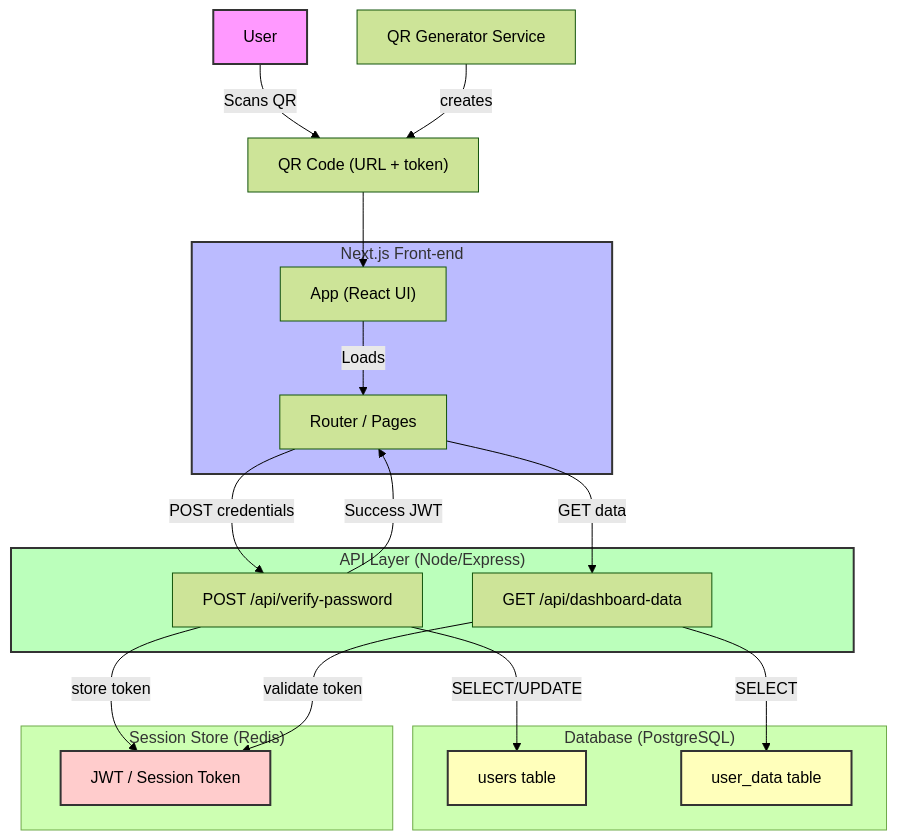
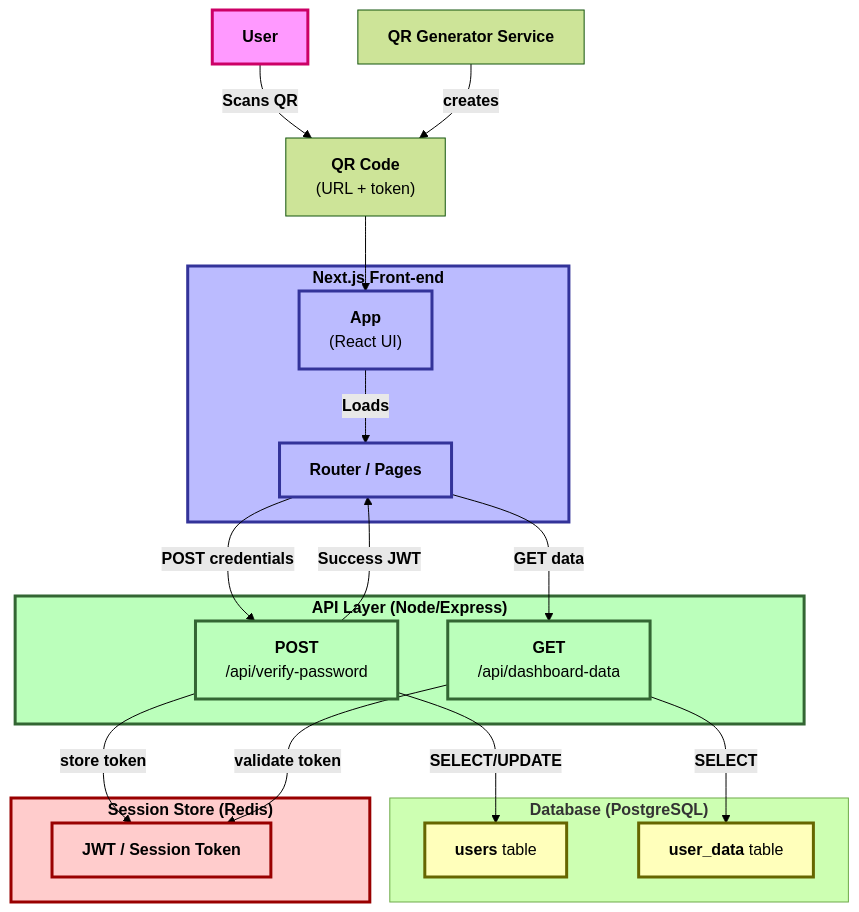
Before and after one commit to RaghuBharathi3/ICY: the diagram in quicklink_architecture.md, drawn with Mermaid (forest theme).

````diff
--- a/quicklink_architecture.md
+++ b/quicklink_architecture.md
@@ -255,51 +255,52 @@
 ```mermaid
 flowchart TD
     %% Actors
-    User[User] -->|Scans QR| QR["QR Code (URL + token)"]
+    User["<b>User</b>"] -->|"<b>Scans QR</b>"| QR["<b>QR Code</b><br/>(URL + token)"]
 
-    %% Front‑end
-    subgraph FE["Next.js Front-end"]
-        FE_App["App (React UI)"]
-        FE_Router[Router / Pages]
+    %% Front-end
+    subgraph FE["<b>Next.js Front-end</b>"]
+        FE_App["<b>App</b><br/>(React UI)"]
+        FE_Router["<b>Router / Pages</b>"]
     end
     QR --> FE_App
-    FE_App -->|Loads| FE_Router
+    FE_App -->|"<b>Loads</b>"| FE_Router
 
     %% API Layer
-    subgraph BE["API Layer (Node/Express)"]
-        Verify["POST /api/verify-password"]
-        Dashboard["GET /api/dashboard-data"]
+    subgraph BE["<b>API Layer (Node/Express)</b>"]
+        Verify["<b>POST</b><br/>/api/verify-password"]
+        Dashboard["<b>GET</b><br/>/api/dashboard-data"]
     end
-    FE_Router -->|POST credentials| Verify
-    Verify -->|Success JWT| FE_Router
-    FE_Router -->|GET data| Dashboard
+    FE_Router -->|"<b>POST credentials</b>"| Verify
+    Verify -->|"<b>Success JWT</b>"| FE_Router
+    FE_Router -->|"<b>GET data</b>"| Dashboard
 
     %% Persistence
-    subgraph DB["Database (PostgreSQL)"]
-        Users[users table]
-        Data[user_data table]
+    subgraph DB["<b>Database (PostgreSQL)</b>"]
+        Users["<b>users</b> table"]
+        Data["<b>user_data</b> table"]
     end
-    Verify -->|SELECT/UPDATE| Users
-    Dashboard -->|SELECT| Data
+    Verify -->|"<b>SELECT/UPDATE</b>"| Users
+    Dashboard -->|"<b>SELECT</b>"| Data
 
-    %% Session Store (optional)
-    subgraph Sess["Session Store (Redis)"]
-        JWT["JWT / Session Token"]
+    %% Session Store
+    subgraph Sess["<b>Session Store (Redis)</b>"]
+        JWT["<b>JWT / Session Token</b>"]
     end
-    Verify -->|store token| JWT
-    Dashboard -->|validate token| JWT
+    Verify -->|"<b>store token</b>"| JWT
+    Dashboard -->|"<b>validate token</b>"| JWT
 
     %% External
-    QRGen[QR Generator Service] -->|creates| QR
+    QRGen["<b>QR Generator Service</b>"] -->|"<b>creates</b>"| QR
 
-    classDef user fill:#f9f,stroke:#333,stroke-width:2px;
-    classDef frontend fill:#bbf,stroke:#333,stroke-width:2px;
-    classDef backend fill:#bfb,stroke:#333,stroke-width:2px;
-    classDef db fill:#ffb,stroke:#333,stroke-width:2px;
-    classDef session fill:#fcc,stroke:#333,stroke-width:2px;
+    classDef user fill:#f9f,stroke:#c06,stroke-width:3px,color:#000;
+    classDef frontend fill:#bbf,stroke:#339,stroke-width:3px,color:#000;
+    classDef backend fill:#bfb,stroke:#363,stroke-width:3px,color:#000;
+    classDef db fill:#ffb,stroke:#660,stroke-width:3px,color:#000;
+    classDef session fill:#fcc,stroke:#900,stroke-width:3px,color:#000;
     class User user;
-    class FE frontend;
-    class BE backend;
+    class FE,FE_App,FE_Router frontend;
+    class BE,Verify,Dashboard backend;
     class Users,Data db;
-    class JWT session;
+    class JWT,Sess session;
+    class QR,QRGen default;
 ```
````
